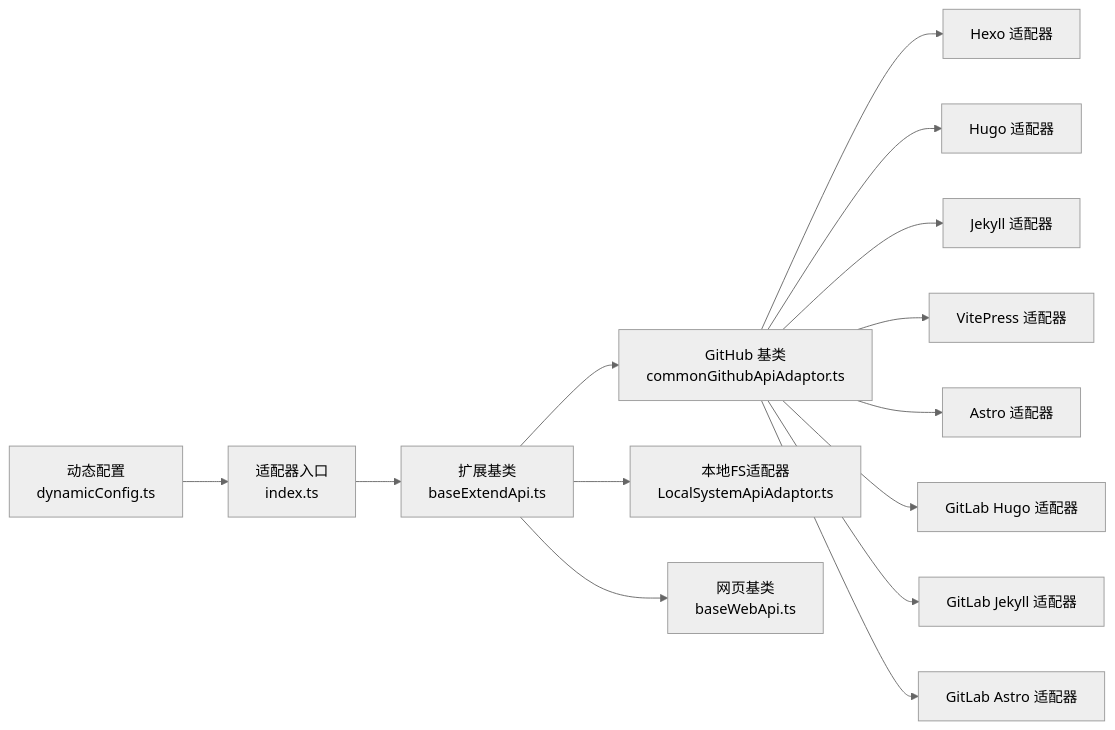
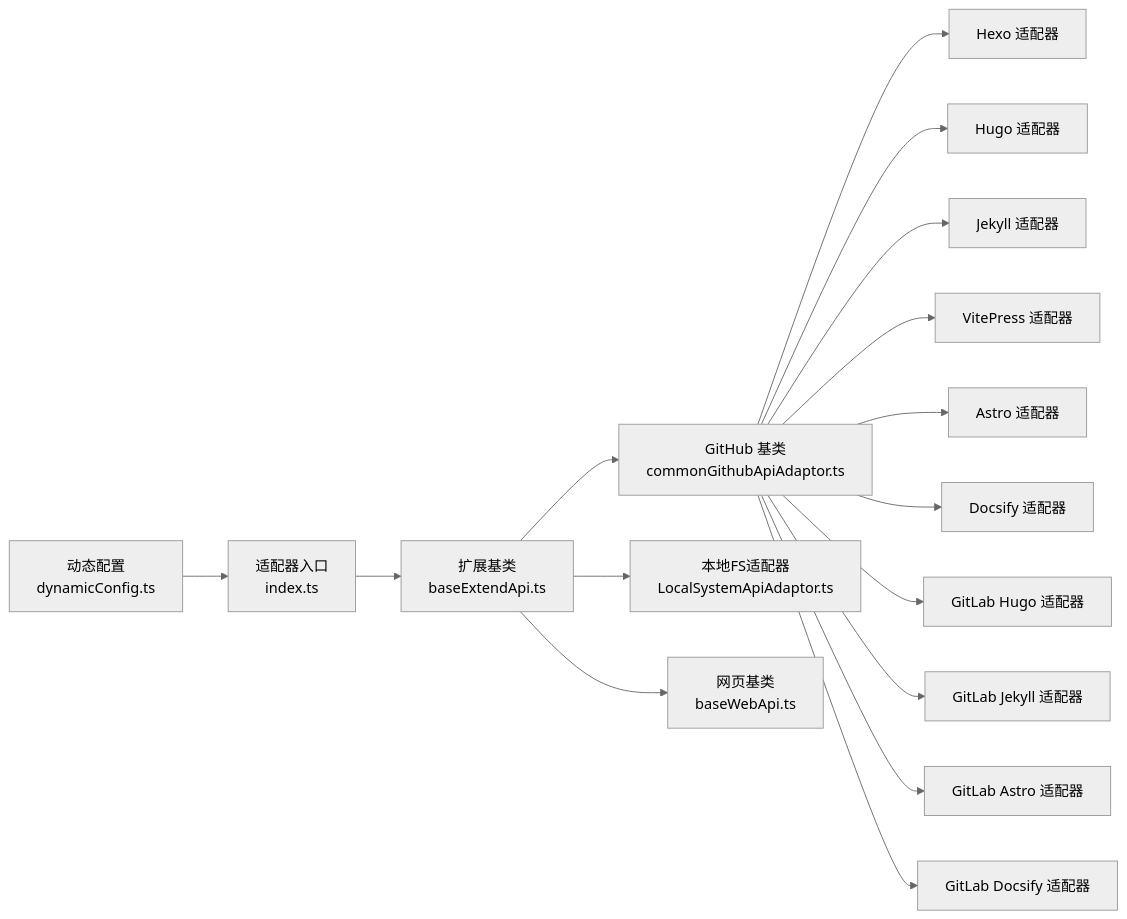
One commit to terwer/siyuan-plugin-publisher changed the fifth of 5 diagrams in .qoder/repowiki/zh/content/平台适配器系统/静态站点适配器/静态站点适配器.md. Above: the diagram before and after it, drawn with Mermaid (neutral theme). The commit also changed other lines of this file and 2 other files, not shown here.

First line of the commit message:
feat(platform): add Docsify subplatform support for static site adapters

````diff
--- a/.qoder/repowiki/zh/content/平台适配器系统/静态站点适配器/静态站点适配器.md
+++ b/.qoder/repowiki/zh/content/平台适配器系统/静态站点适配器/静态站点适配器.md
@@ -271,16 +385,18 @@
 ```mermaid
 graph LR
 DC["动态配置<br/>dynamicConfig.ts"] --> IDX["适配器入口<br/>index.ts"]
 IDX --> EXT["扩展基类<br/>baseExtendApi.ts"]
 EXT --> CGH["GitHub 基类<br/>commonGithubApiAdaptor.ts"]
 EXT --> LFS["本地FS适配器<br/>LocalSystemApiAdaptor.ts"]
 EXT --> WEB["网页基类<br/>baseWebApi.ts"]
 CGH --> HEX["Hexo 适配器"]
 CGH --> HUG["Hugo 适配器"]
 CGH --> JEK["Jekyll 适配器"]
 CGH --> VIT["VitePress 适配器"]
 CGH --> AST["Astro 适配器"]
+CGH --> DOC["Docsify 适配器"]
 CGH --> GLH["GitLab Hugo 适配器"]
 CGH --> GLJ["GitLab Jekyll 适配器"]
 CGH --> GLA["GitLab Astro 适配器"]
+CGH --> GLD["GitLab Docsify 适配器"]
 ```
````
